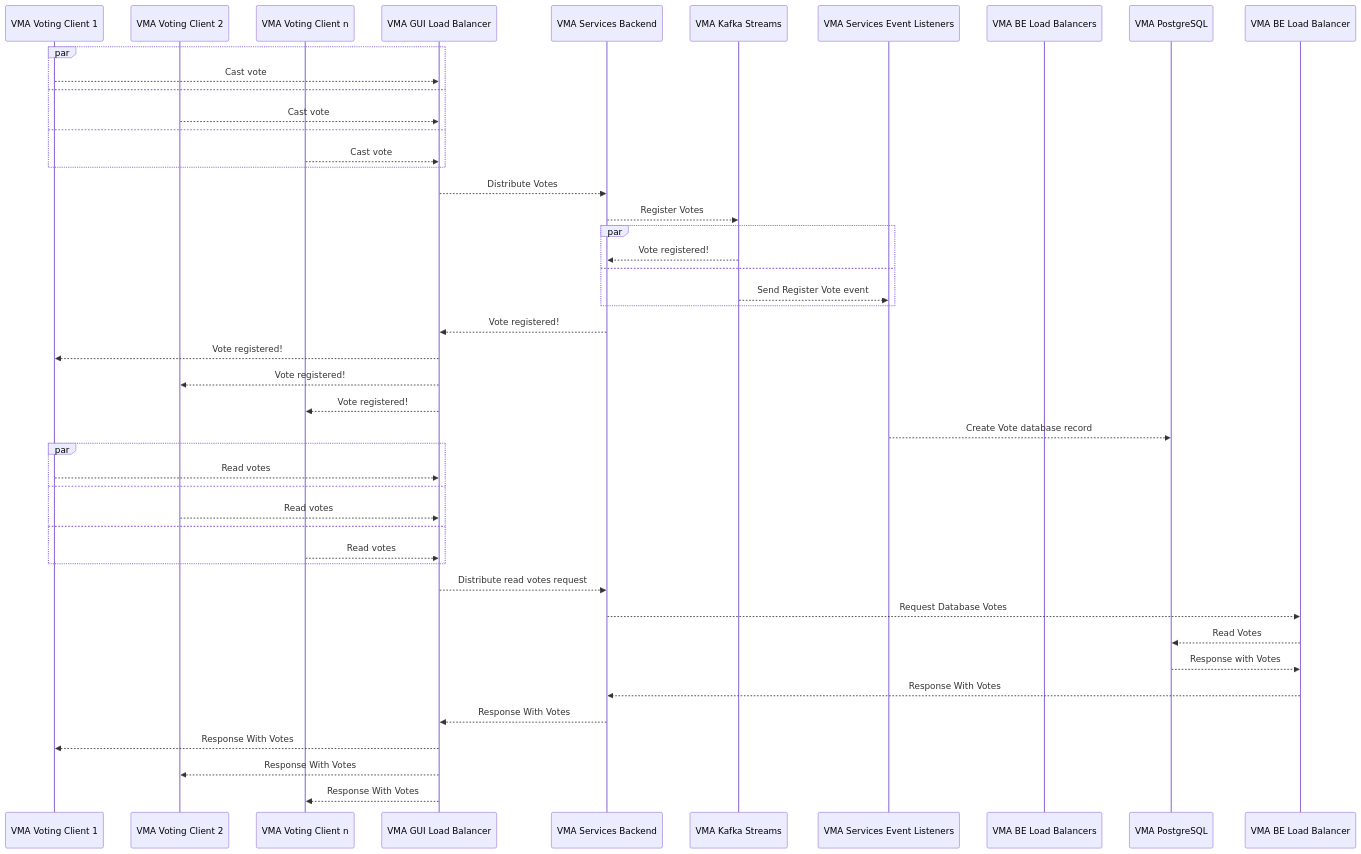
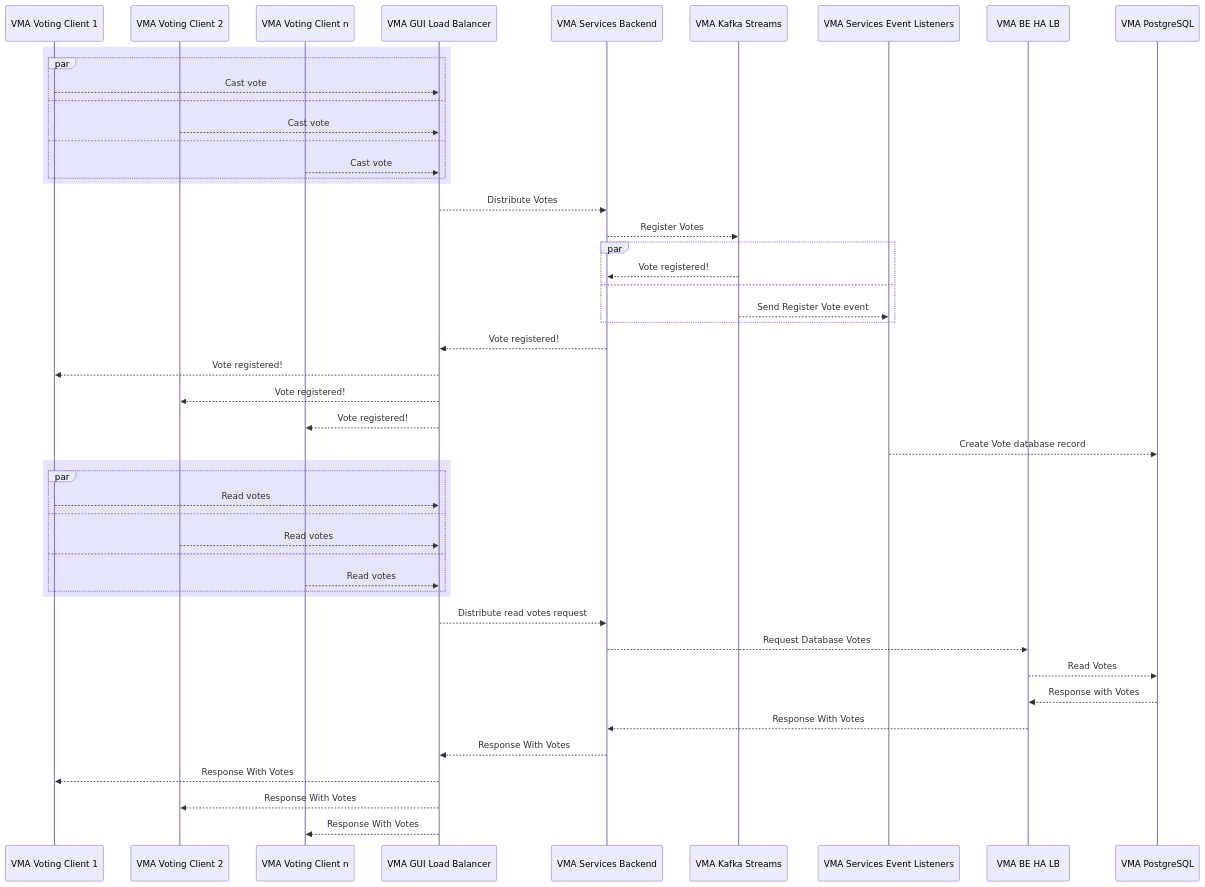
One commit to jesperancinha/vma-archiver changed the diagram in README.md. Above: the diagram before and after it, drawn with Mermaid.

Commit message:
🌿 Documentation update

````diff
--- a/README.md
+++ b/README.md
@@ -82,48 +82,52 @@
 ```mermaid
     sequenceDiagram
         participant VMA Voting Client 1
         participant VMA Voting Client 2
         participant VMA Voting Client n
         participant VMA GUI Load Balancer
         participant VMA Services Backend
         participant VMA Kafka Streams
         participant VMA Services Event Listeners
-        participant VMA BE Load Balancers
+        participant VMA BE HA LB
         participant VMA PostgreSQL
         
+        rect rgba(0, 0, 255, .1)
         par
         VMA Voting Client 1-->> VMA GUI Load Balancer: Cast vote
         and
         VMA Voting Client 2-->> VMA GUI Load Balancer: Cast vote
         and
         VMA Voting Client n-->> VMA GUI Load Balancer: Cast vote
+        end
         end
         VMA GUI Load Balancer-->>VMA Services Backend: Distribute Votes
         VMA Services Backend-->>VMA Kafka Streams: Register Votes
         par
         VMA Kafka Streams-->>VMA Services Backend: Vote registered!
         and
         VMA Kafka Streams-->>VMA Services Event Listeners: Send Register Vote event
         end
         VMA Services Backend-->>VMA GUI Load Balancer: Vote registered!
         VMA GUI Load Balancer-->>VMA Voting Client 1: Vote registered!
         VMA GUI Load Balancer-->>VMA Voting Client 2: Vote registered!
         VMA GUI Load Balancer-->>VMA Voting Client n: Vote registered!
         VMA Services Event Listeners-->>VMA PostgreSQL: Create Vote database record
+        rect rgba(0, 0, 255, .1)
         par
         VMA Voting Client 1-->> VMA GUI Load Balancer: Read votes
         and
         VMA Voting Client 2-->> VMA GUI Load Balancer: Read votes
         and
         VMA Voting Client n-->> VMA GUI Load Balancer: Read votes
         end
+        end
         VMA GUI Load Balancer-->>VMA Services Backend: Distribute read votes request
-        VMA Services Backend-->>VMA BE Load Balancer: Request Database Votes
-        VMA BE Load Balancer-->>VMA PostgreSQL: Read Votes
-        VMA PostgreSQL-->>VMA BE Load Balancer: Response with Votes
-        VMA BE Load Balancer-->>VMA Services Backend: Response With Votes
+        VMA Services Backend-->>VMA BE HA LB: Request Database Votes
+        VMA BE HA LB-->>VMA PostgreSQL: Read Votes
+        VMA PostgreSQL-->>VMA BE HA LB: Response with Votes
+        VMA BE HA LB-->>VMA Services Backend: Response With Votes
         VMA Services Backend-->>VMA GUI Load Balancer: Response With Votes
         VMA GUI Load Balancer-->>VMA Voting Client 1: Response With Votes
         VMA GUI Load Balancer-->>VMA Voting Client 2: Response With Votes
         VMA GUI Load Balancer-->>VMA Voting Client n: Response With Votes
 ```
````
